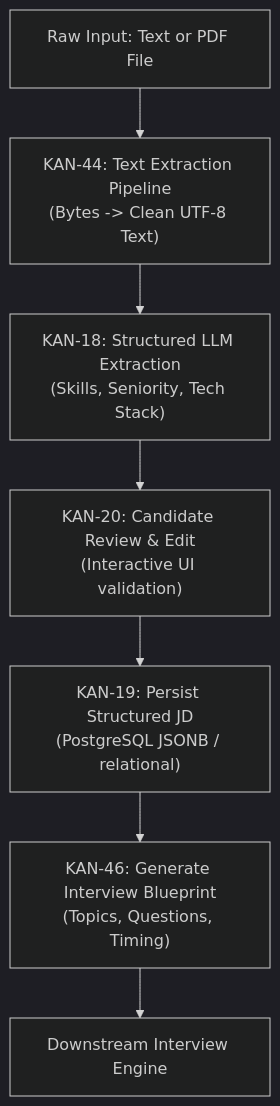
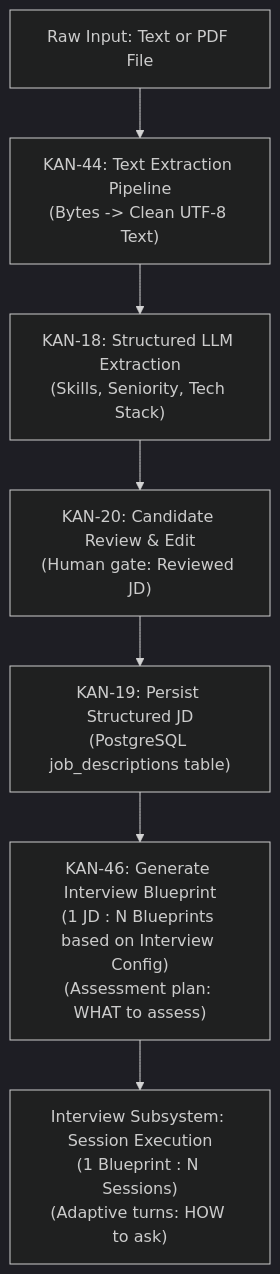
The diagram in 01_Contracts/JD-Contract.md (swp391-group3/ai-interview-practice-brain), drawn with Mermaid (dark theme) before and after one commit. The commit also changed other lines of this file and 22 other files, not shown here.

Commit message:
docs(brain): define KAN-46 interview blueprint contract

````diff
--- a/01_Contracts/JD-Contract.md
+++ b/01_Contracts/JD-Contract.md
@@ -16,9 +19,9 @@
 ```mermaid
 flowchart TD
     A["Raw Input: Text or PDF File"] --> B["KAN-44: Text Extraction Pipeline\n(Bytes -> Clean UTF-8 Text)"]
     B --> C["KAN-18: Structured LLM Extraction\n(Skills, Seniority, Tech Stack)"]
-    C --> D["KAN-20: Candidate Review & Edit\n(Interactive UI validation)"]
-    D --> E["KAN-19: Persist Structured JD\n(PostgreSQL JSONB / relational)"]
-    E --> F["KAN-46: Generate Interview Blueprint\n(Topics, Questions, Timing)"]
-    F --> G["Downstream Interview Engine"]
+    C --> D["KAN-20: Candidate Review & Edit\n(Human gate: Reviewed JD)"]
+    D --> E["KAN-19: Persist Structured JD\n(PostgreSQL job_descriptions table)"]
+    E --> F["KAN-46: Generate Interview Blueprint\n(1 JD : N Blueprints based on Interview Config)\n(Assessment plan: WHAT to assess)"]
+    F --> G["Interview Subsystem: Session Execution\n(1 Blueprint : N Sessions)\n(Adaptive turns: HOW to ask)"]
 ```
````
